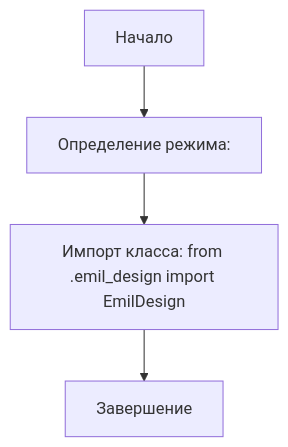
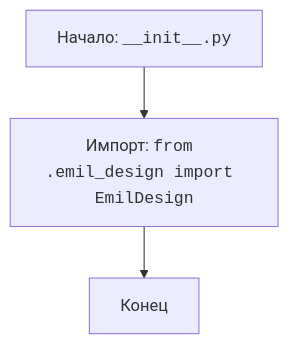
One commit to hypo69/hypo changed the diagram in docs/gemini/ru/explainer/src/endpoints/emil/__init__.py.md. Above: the diagram before and after it, drawn with Mermaid. The commit also changed other lines of this file and 1505 other files, not shown here.

````diff
--- a/docs/gemini/ru/explainer/src/endpoints/emil/__init__.py.md
+++ b/docs/gemini/ru/explainer/src/endpoints/emil/__init__.py.md
@@ -12,6 +13,5 @@
 ```mermaid
 flowchart TD
-    Start[Начало] --> ModeDef[Определение режима: ]
-    ModeDef --> ImportClass[Импорт класса: from .emil_design import EmilDesign]
-    ImportClass --> End[Завершение]
+    Start[Начало: <code>__init__.py</code>] --> ImportEmilDesign[Импорт: <code>from .emil_design import EmilDesign</code>]
+    ImportEmilDesign --> End[Конец]
 ```
````
